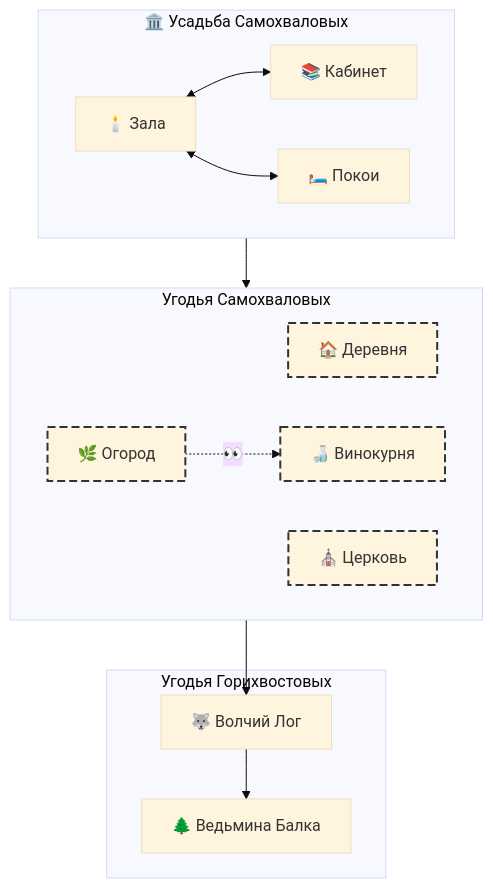
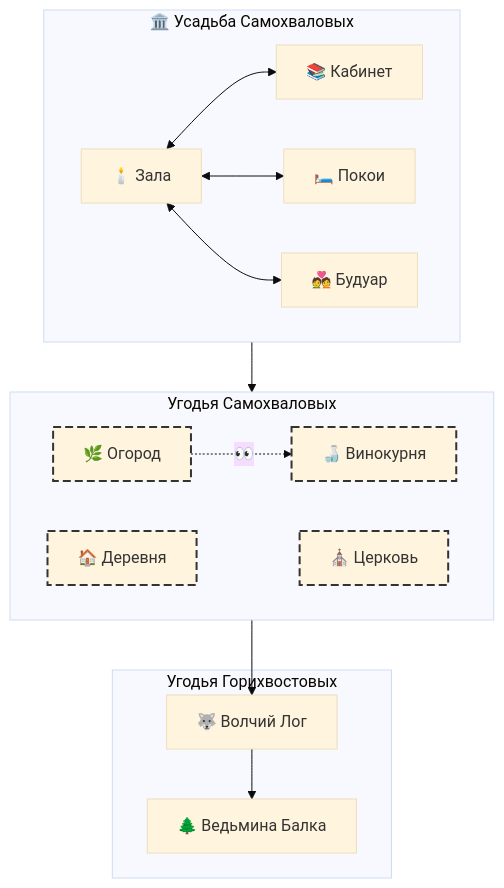
Before and after one commit to Yuhmik/formula_kontakta: the diagram in схема_полигона.md, drawn with Mermaid (base theme). The commit also changed 8 other files, not shown here.

````diff
--- a/схема_полигона.md
+++ b/схема_полигона.md
@@ -3,34 +3,37 @@
 ```mermaid
 flowchart
     classDef dashBorder stroke:#333,stroke-width:2px,stroke-dasharray: 8 4
 
     subgraph Усадьба["🏛️ Усадьба Самохваловых"]
         Кабинет["📚 Кабинет"]
         Зала["🕯️ Зала"]
+        Будуар["💑 Будуар"]
         Покои["🛏️ Покои"]
     end
 
     subgraph Хозяйство["Угодья Самохваловых"]
         Деревня["🏠 Деревня"]
         Церковь["⛪ Церковь"]
         Огород["🌿 Огород"]
         Винокурня["🍶 Винокурня"]
 
         class Деревня dashBorder
         class Церковь dashBorder
         class Огород dashBorder
         class Винокурня dashBorder
     end
 
     subgraph Дикие_земли["Угодья Горихвостовых"]
         Волчий_Лог["🐺 Волчий Лог"]
         Ведьмина_Балка["🌲 Ведьмина Балка"]
     end
 
     Зала <--> Кабинет
     Зала <--> Покои
+    Зала <--> Будуар
     Усадьба --> Хозяйство
     Огород -.👀.-> Винокурня
+    Деревня ~~~ Церковь
     Хозяйство --> Волчий_Лог
     Волчий_Лог --> Ведьмина_Балка
 ```
````
